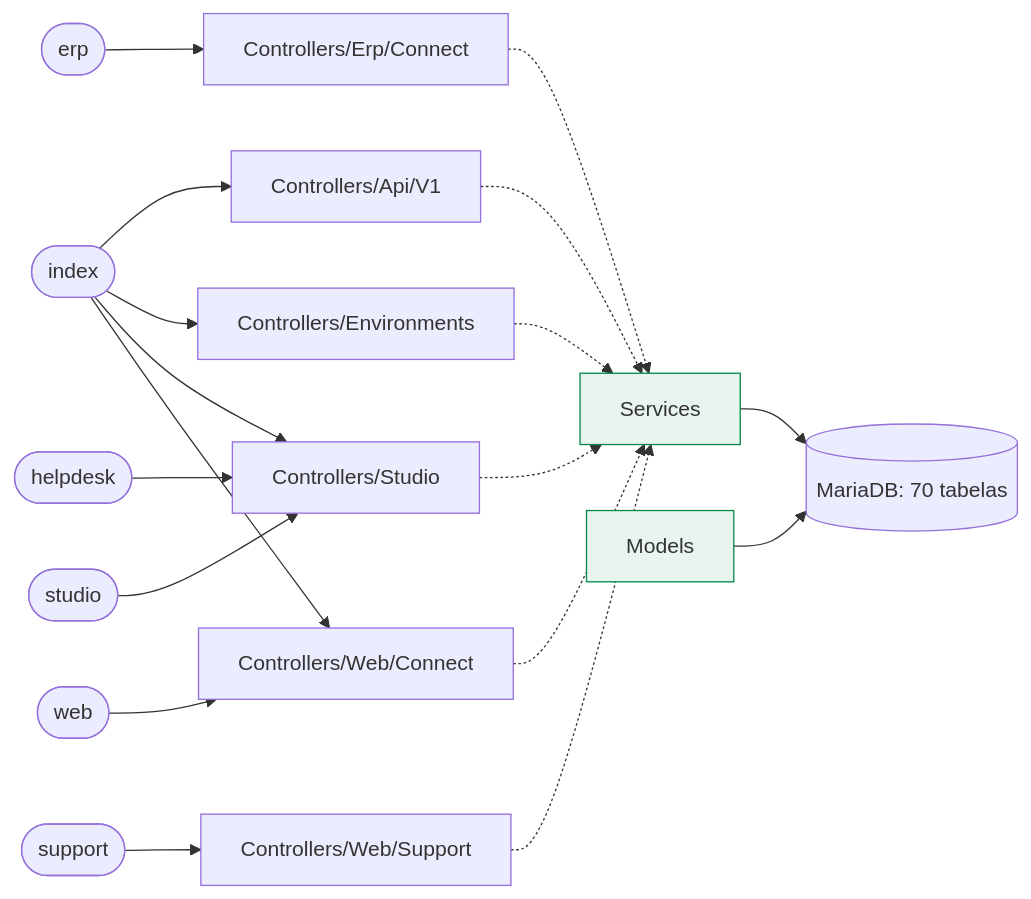
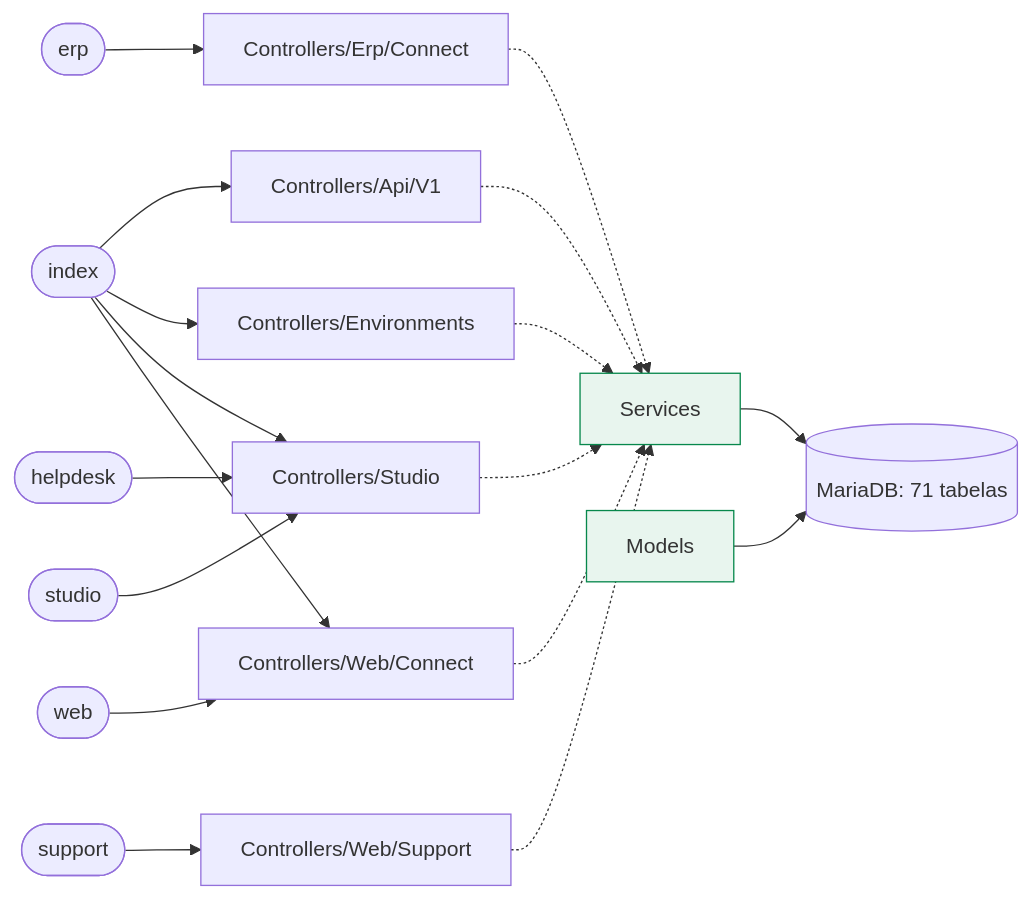
One commit to djalmamartins/connect-erp changed the first of 2 diagrams in docs/map/README.md. Above: the diagram before and after it, drawn with Mermaid. The commit also changed other lines of this file and 1 other file, not shown here.

````diff
--- a/docs/map/README.md
+++ b/docs/map/README.md
@@ -13,30 +13,30 @@
 ```mermaid
 flowchart LR
   env_erp(["erp"])
   env_erp --> pkg_Controllers_Erp_Connect["Controllers/Erp/Connect"]
   env_helpdesk(["helpdesk"])
   env_helpdesk --> pkg_Controllers_Studio["Controllers/Studio"]
   env_index(["index"])
   env_index --> pkg_Controllers_Api_V1["Controllers/Api/V1"]
   env_index --> pkg_Controllers_Environments["Controllers/Environments"]
   env_index --> pkg_Controllers_Studio["Controllers/Studio"]
   env_index --> pkg_Controllers_Web_Connect["Controllers/Web/Connect"]
   env_studio(["studio"])
   env_studio --> pkg_Controllers_Studio["Controllers/Studio"]
   env_support(["support"])
   env_support --> pkg_Controllers_Web_Support["Controllers/Web/Support"]
   env_web(["web"])
   env_web --> pkg_Controllers_Web_Connect["Controllers/Web/Connect"]
   pkg_svc["Services"]:::svc
   pkg_mdl["Models"]:::svc
-  db[("MariaDB: 70 tabelas")]
+  db[("MariaDB: 71 tabelas")]
   pkg_Controllers_Api_V1 -.-> pkg_svc
   pkg_Controllers_Environments -.-> pkg_svc
   pkg_Controllers_Erp_Connect -.-> pkg_svc
   pkg_Controllers_Studio -.-> pkg_svc
   pkg_Controllers_Web_Connect -.-> pkg_svc
   pkg_Controllers_Web_Support -.-> pkg_svc
   pkg_svc --> db
   pkg_mdl --> db
   classDef svc fill:#e8f5ee,stroke:#07884c
 ```
````
